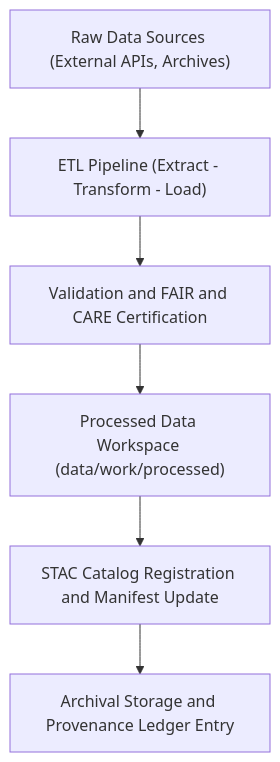
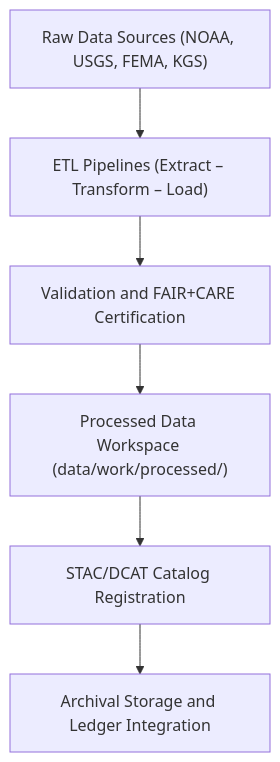
The first of 2 diagrams in data/reports/lineage/README.md (bartytime4life/Kansas-Frontier-Matrix), drawn with Mermaid before and after one commit. The commit also changed other lines of this file, not shown here.

````diff
--- a/data/reports/lineage/README.md
+++ b/data/reports/lineage/README.md
@@ -61,8 +61,8 @@
 ```mermaid
 flowchart TD
-    A["Raw Data Sources (External APIs, Archives)"] --> B["ETL Pipeline (Extract - Transform - Load)"]
-    B --> C["Validation and FAIR and CARE Certification"]
-    C --> D["Processed Data Workspace (data/work/processed)"]
-    D --> E["STAC Catalog Registration and Manifest Update"]
-    E --> F["Archival Storage and Provenance Ledger Entry"]
+  A["Raw Data Sources (NOAA, USGS, FEMA, KGS)"] --> B["ETL Pipelines (Extract – Transform – Load)"]
+  B --> C["Validation and FAIR+CARE Certification"]
+  C --> D["Processed Data Workspace (data/work/processed/)"]
+  D --> E["STAC/DCAT Catalog Registration"]
+  E --> F["Archival Storage and Ledger Integration"]
 ```
````
